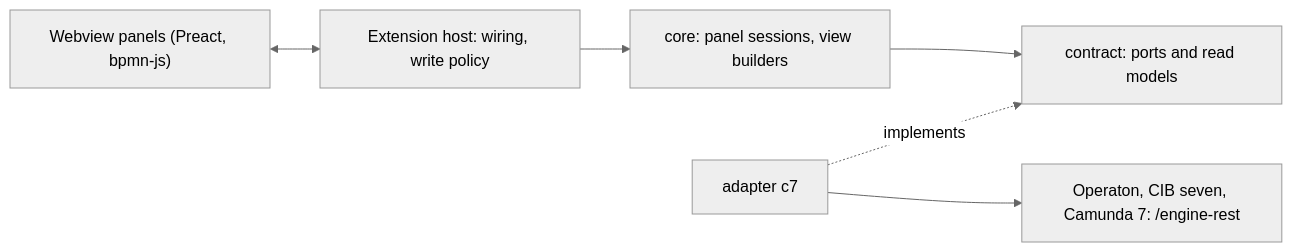
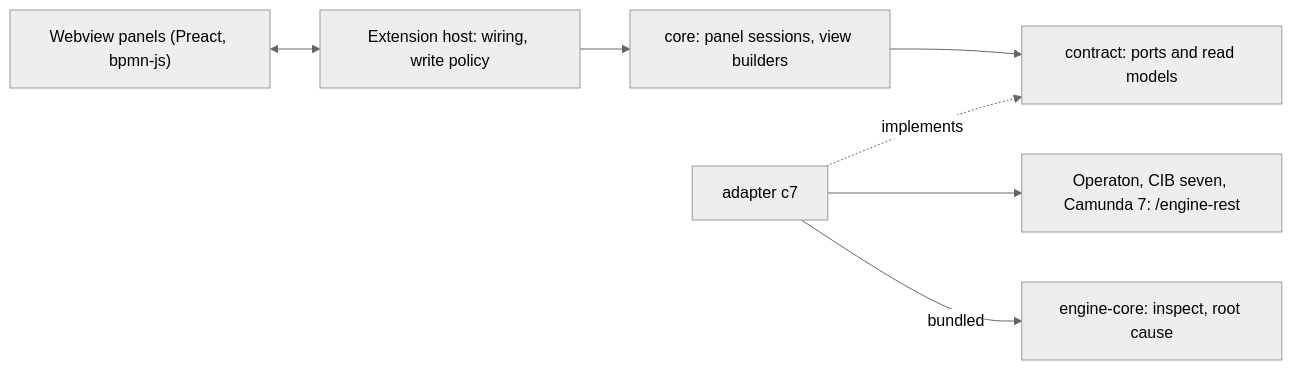
Before and after one commit to Miragon/pulse: the diagram in docs/vscode/architecture.md, drawn with Mermaid (neutral theme). The commit also changed other lines of this file and 59 other files, not shown here.

````diff
--- a/docs/vscode/architecture.md
+++ b/docs/vscode/architecture.md
@@ -7,8 +9,9 @@
 ```mermaid
 flowchart LR
   webview["Webview panels (Preact, bpmn-js)"] <--> host["Extension host: wiring, write policy"]
   host --> core["core: panel sessions, view builders"]
   core --> contract["contract: ports and read models"]
   c7["adapter c7"] -. implements .-> contract
   c7 --> engines["Operaton, CIB seven, Camunda 7: /engine-rest"]
+  c7 -- bundled --> enginecore["engine-core: inspect, root cause"]
 ```
````
